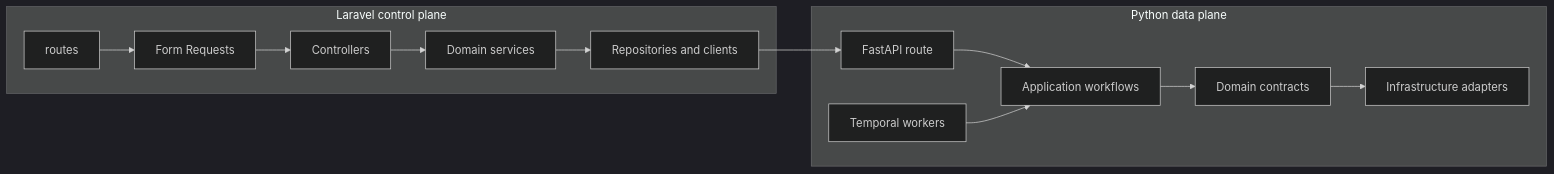
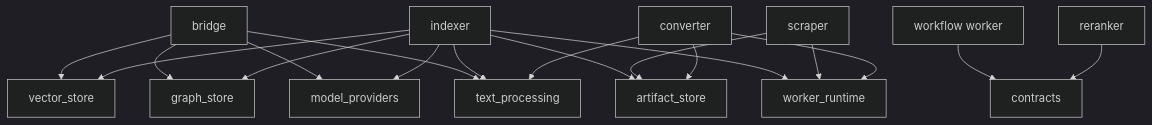
Before and after one commit to hawk-digital-environments/HAWKI-RAG: the diagram in _documentation/Reference/8_repo_map.md, drawn with Mermaid (dark theme). The commit also changed other lines of this file and 35 other files, not shown here.

````diff
--- a/_documentation/Reference/8_repo_map.md
+++ b/_documentation/Reference/8_repo_map.md
@@ -45,21 +104,20 @@
 ```mermaid
-flowchart LR
-    subgraph LaravelCode["Laravel control plane"]
-        Route["routes"]
-        Request["Form Requests"]
-        Controller["Controllers"]
-        Service["Domain services"]
-        Repository["Repositories and clients"]
-
-        Route --> Request --> Controller --> Service --> Repository
-    end
-
-    Repository --> Bridge["FastAPI route"]
-
-    subgraph PythonCode["Python data plane"]
-        Bridge --> Workflow["Application workflows"]
-        Workflow --> Port["Domain contracts"]
-        Port --> Adapter["Infrastructure adapters"]
-        TemporalWorker["Temporal workers"] --> Workflow
-    end
+flowchart TB
+    Bridge["bridge"] --> Vector["vector_store"]
+    Bridge --> Graph["graph_store"]
+    Bridge --> Models["model_providers"]
+    Indexer["indexer"] --> Vector
+    Indexer --> Graph
+    Indexer --> Models
+    Indexer --> Artifacts["artifact_store"]
+    Indexer --> Runtime["worker_runtime"]
+    Bridge --> Text["text_processing"]
+    Indexer --> Text
+    Scraper["scraper"] --> Artifacts
+    Scraper --> Runtime
+    Converter["converter"] --> Artifacts
+    Converter --> Runtime
+    Converter --> Text
+    Workflow["workflow worker"] --> Contracts["contracts"]
+    Reranker["reranker"] --> Contracts
 ```
````
